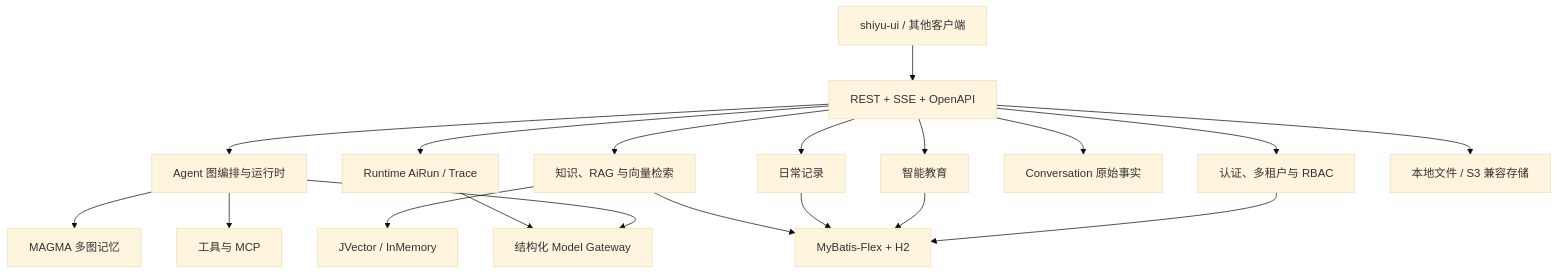
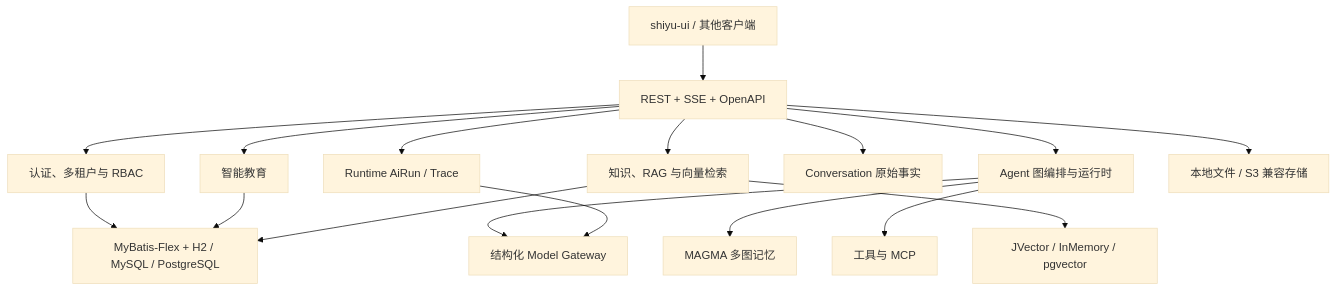
Before and after one commit to ShiRuYu/shiyu-ai: the diagram in docs/项目介绍.md, drawn with Mermaid (base theme). The commit also changed other lines of this file and 29 other files, not shown here.

````diff
--- a/docs/项目介绍.md
+++ b/docs/项目介绍.md
@@ -72,21 +72,19 @@
 ```mermaid
 flowchart TB
     UI["shiyu-ui / 其他客户端"] --> WEB["REST + SSE + OpenAPI"]
     WEB --> AUTH["认证、多租户与 RBAC"]
     WEB --> AGENT["Agent 图编排与运行时"]
     WEB --> KNOWLEDGE["知识、RAG 与向量检索"]
     WEB --> EDUCATION["智能教育"]
-    WEB --> RECORD["日常记录"]
     AGENT --> MODEL["多模型平台适配"]
     WEB --> CONVERSATION["Conversation 原始事实"]
     WEB --> RUNTIME["Runtime AiRun / Trace"]
     AGENT --> MEMORY["MAGMA 多图记忆"]
     RUNTIME --> MODEL["结构化 Model Gateway"]
     AGENT --> TOOL["工具与 MCP"]
-    KNOWLEDGE --> VECTOR["JVector / InMemory"]
-    AUTH --> DAL["MyBatis-Flex + H2"]
+    KNOWLEDGE --> VECTOR["JVector / InMemory / pgvector"]
+    AUTH --> DAL["MyBatis-Flex + H2 / MySQL / PostgreSQL"]
     EDUCATION --> DAL
-    RECORD --> DAL
     KNOWLEDGE --> DAL
     WEB --> STORAGE["本地文件 / S3 兼容存储"]
 ```
````
